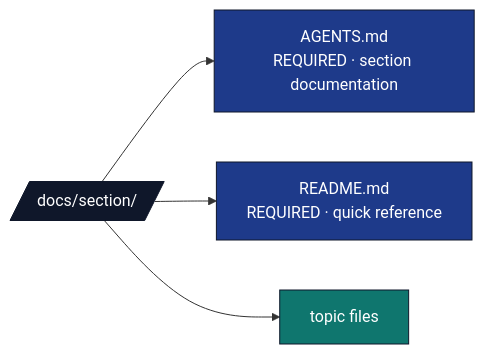
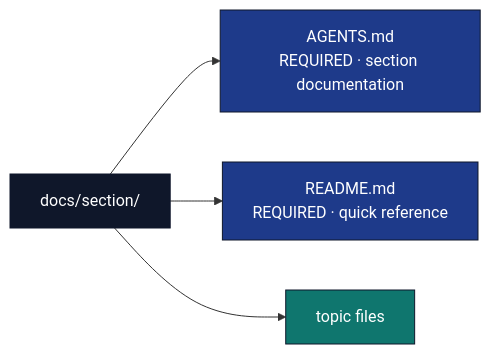
Before and after one commit to docxology/template: the fourth of 7 diagrams in docs/rules/folder_structure.md, drawn with Mermaid. The commit also changed other lines of this file and 94 other files, not shown here.

````diff
--- a/docs/rules/folder_structure.md
+++ b/docs/rules/folder_structure.md
@@ -163,14 +163,14 @@
 ```mermaid
 flowchart LR
-    D[/docs/section//]
+    D[docs/section/]
     D --> AG[AGENTS.md<br/>REQUIRED · section documentation]
     D --> RD[README.md<br/>REQUIRED · quick reference]
     D --> TOPICS[topic files]
 
     classDef d fill:#0f172a,stroke:#0f172a,color:#fff
     classDef req fill:#1e3a8a,stroke:#0f172a,color:#fff
     classDef opt fill:#0f766e,stroke:#0f172a,color:#fff
     class D d
     class AG,RD req
     class TOPICS opt
 ```
````
